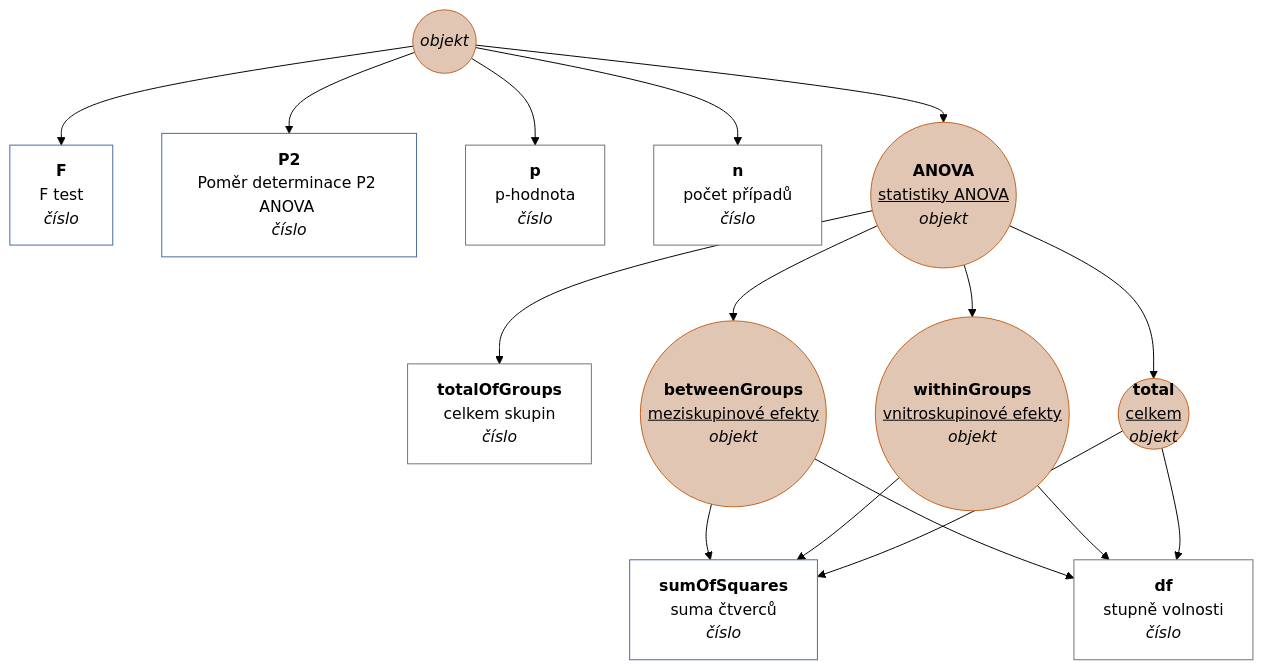
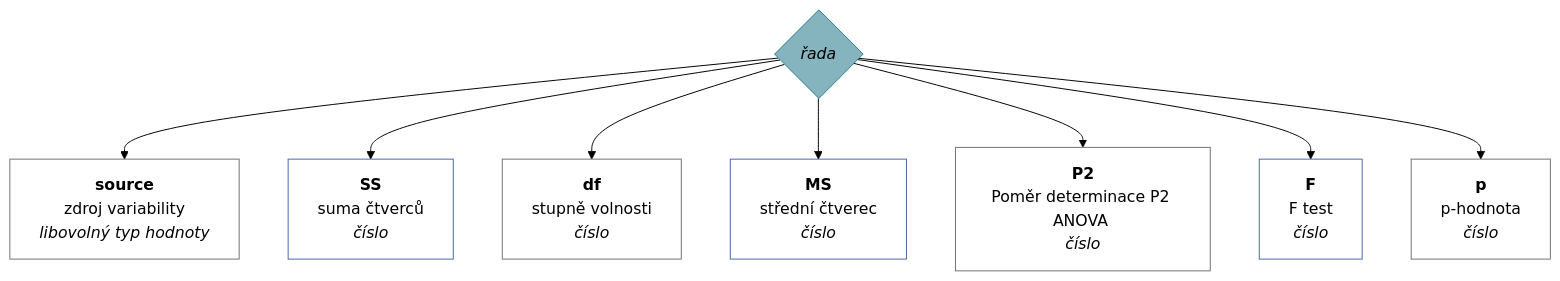
Before and after one commit to muzikp/retusa: diagram 33 of 43 in docs/cs-CZ.md, drawn with Mermaid (forest theme). The commit also changed other lines of this file and 6 other files, not shown here.

````diff
--- a/docs/cs-CZ.md
+++ b/docs/cs-CZ.md
@@ -1222,56 +1222,28 @@
 ```mermaid
 graph TD
-anovaow((<i>objekt</i>))
-style anovaow fill:#E1C6B3;
-style anovaow stroke:#C36422;
+anovaow{<i>řada</i>}
+style anovaow fill:#85B3BE;
+style anovaow stroke:#2E7C8F;
+anovaow --> source[<b>source</b><br>zdroj variability <br><i>libovolný typ hodnoty</i>]
+style source fill:#FFFFFF;
+style source stroke:#75716F;
+anovaow --> SS[<b>SS</b><br>suma čtverců <br><i>číslo</i>]
+style SS fill:#FFFFFF;
+style SS stroke:#4967A4;
+anovaow --> df[<b>df</b><br>stupně volnosti <br><i>číslo</i>]
+style df fill:#FFFFFF;
+style df stroke:#75716F;
+anovaow --> MS[<b>MS</b><br>střední čtverec <br><i>číslo</i>]
+style MS fill:#FFFFFF;
+style MS stroke:#4967A4;
+anovaow --> P2[<b>P2</b><br>Poměr determinace P2 ANOVA <br><i>číslo</i>]
+style P2 fill:#FFFFFF;
+style P2 stroke:#75716F;
 anovaow --> F[<b>F</b><br>F test <br><i>číslo</i>]
 style F fill:#FFFFFF;
 style F stroke:#4967A4;
-anovaow --> P2[<b>P2</b><br>Poměr determinace P2 ANOVA <br><i>číslo</i>]
-style P2 fill:#FFFFFF;
-style P2 stroke:#4967A4;
 anovaow --> p[<b>p</b><br>p-hodnota <br><i>číslo</i>]
 style p fill:#FFFFFF;
 style p stroke:#75716F;
-anovaow --> n[<b>n</b><br>počet případů <br><i>číslo</i>]
-style n fill:#FFFFFF;
-style n stroke:#75716F;
-anovaow --> ANOVA((<b>ANOVA</b><br><u>statistiky ANOVA</u>))
-ANOVA((<b>ANOVA</b><br><u>statistiky ANOVA</u><br><i>objekt</i>))
-style ANOVA fill:#E1C6B3;
-style ANOVA stroke:#C36422;
-ANOVA --> totalOfGroups[<b>totalOfGroups</b><br>celkem skupin <br><i>číslo</i>]
-style totalOfGroups fill:#FFFFFF;
-style totalOfGroups stroke:#75716F;
-ANOVA --> betweenGroups((<b>betweenGroups</b><br><u>meziskupinové efekty</u>))
-betweenGroups((<b>betweenGroups</b><br><u>meziskupinové efekty</u><br><i>objekt</i>))
-style betweenGroups fill:#E1C6B3;
-style betweenGroups stroke:#C36422;
-betweenGroups --> sumOfSquares[<b>sumOfSquares</b><br>suma čtverců <br><i>číslo</i>]
-style sumOfSquares fill:#FFFFFF;
-style sumOfSquares stroke:#4967A4;
-betweenGroups --> df[<b>df</b><br>stupně volnosti <br><i>číslo</i>]
-style df fill:#FFFFFF;
-style df stroke:#75716F;
-ANOVA --> withinGroups((<b>withinGroups</b><br><u>vnitroskupinové efekty</u>))
-withinGroups((<b>withinGroups</b><br><u>vnitroskupinové efekty</u><br><i>objekt</i>))
-style withinGroups fill:#E1C6B3;
-style withinGroups stroke:#C36422;
-withinGroups --> sumOfSquares[<b>sumOfSquares</b><br>suma čtverců <br><i>číslo</i>]
-style sumOfSquares fill:#FFFFFF;
-style sumOfSquares stroke:#4967A4;
-withinGroups --> df[<b>df</b><br>stupně volnosti <br><i>číslo</i>]
-style df fill:#FFFFFF;
-style df stroke:#75716F;
-ANOVA --> total((<b>total</b><br><u>celkem</u>))
-total((<b>total</b><br><u>celkem</u><br><i>objekt</i>))
-style total fill:#E1C6B3;
-style total stroke:#C36422;
-total --> sumOfSquares[<b>sumOfSquares</b><br>suma čtverců <br><i>číslo</i>]
-style sumOfSquares fill:#FFFFFF;
-style sumOfSquares stroke:#4967A4;
-total --> df[<b>df</b><br>stupně volnosti <br><i>číslo</i>]
-style df fill:#FFFFFF;
-style df stroke:#75716F;
 
 ```
````
